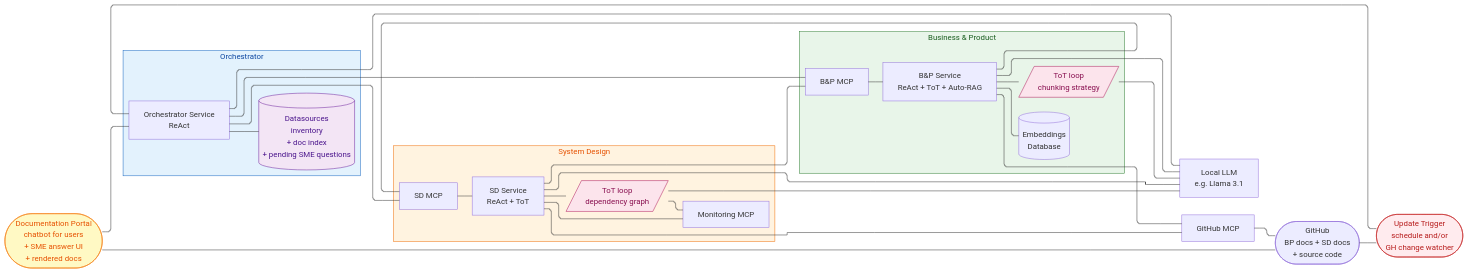
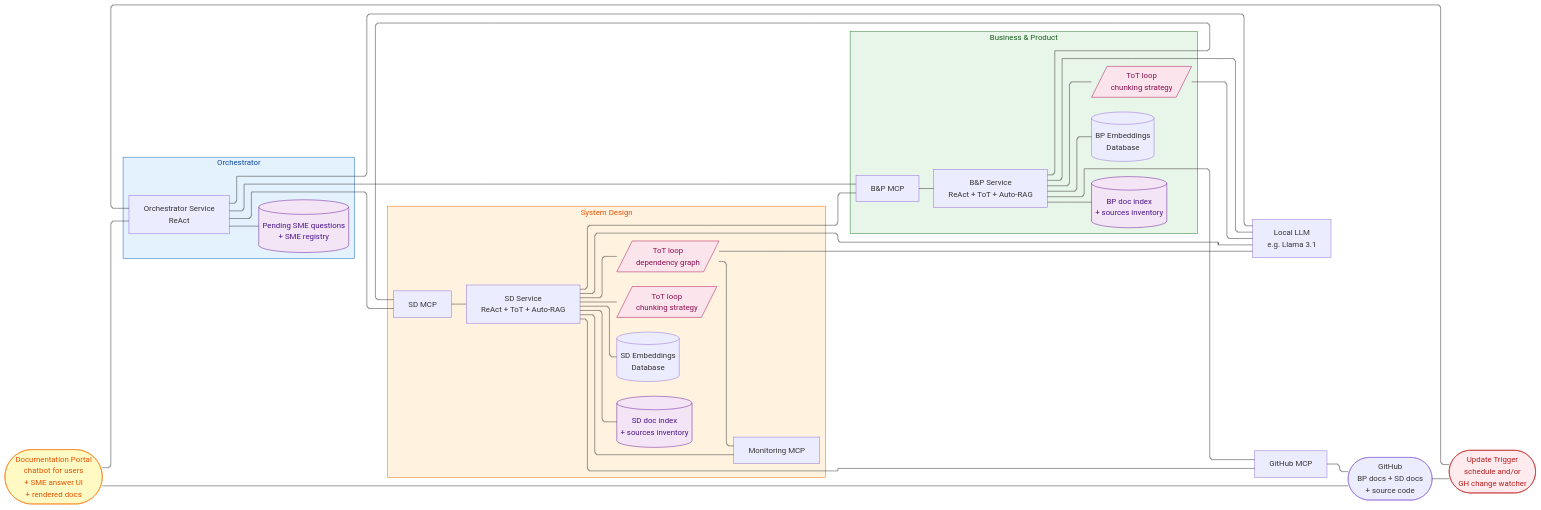
One commit to kikecorona/agentic-ai-capstone-project changed the first of 5 diagrams in PROJECT_ARCHITECTURE.md. Above: the diagram before and after it, drawn with Mermaid. The commit also changed other lines of this file and 120 other files, not shown here.

````diff
--- a/PROJECT_ARCHITECTURE.md
+++ b/PROJECT_ARCHITECTURE.md
@@ -106,68 +127,76 @@
 ```mermaid
 %%{init: {'flowchart': {'defaultRenderer': 'elk', 'curve': 'step'}}}%%
 flowchart LR
     Portal([Documentation Portal<br/>chatbot for users<br/>+ SME answer UI<br/>+ rendered docs])
     Trigger([Update Trigger<br/>schedule and/or<br/>GH change watcher])
     LLM[Local LLM<br/>e.g. Llama 3.1]
     GH([GitHub<br/>BP docs + SD docs<br/>+ source code])
     GH_MCP[GitHub MCP]
 
     subgraph OC [Orchestrator]
         OC_Service[Orchestrator Service<br/>ReAct]
-        OC_DS[(Datasources<br/>inventory<br/>+ doc index<br/>+ pending SME questions)]
+        OC_DS[(Pending SME questions<br/>+ SME registry)]
         OC_Service --- OC_DS
     end
 
 subgraph BP [Business &amp; Product]
 BP_MCP[B&amp;P MCP]
 BP_Service[B&amp;P Service<br/>ReAct + ToT + Auto-RAG]
 BP_ToT[/ToT loop<br/>chunking strategy/]
-E_DS[(Embeddings<br/>Database)]
+BP_E_DS[(BP Embeddings<br/>Database)]
+BP_DS[(BP doc index<br/>+ sources inventory)]
 BP_MCP --- BP_Service
 BP_Service --- BP_ToT
-BP_Service --- E_DS
+BP_Service --- BP_E_DS
+BP_Service --- BP_DS
 end
 
 subgraph SD [System Design]
 SD_MCP[SD MCP]
-SD_Service[SD Service<br/>ReAct + ToT]
+SD_Service[SD Service<br/>ReAct + ToT + Auto-RAG]
 SD_ToT[/ToT loop<br/>dependency graph/]
+SD_ToT_Chunk[/ToT loop<br/>chunking strategy/]
+SD_E_DS[(SD Embeddings<br/>Database)]
+SD_DS[(SD doc index<br/>+ sources inventory)]
 MON_MCP[Monitoring MCP]
 SD_MCP --- SD_Service
 SD_Service --- SD_ToT
+SD_Service --- SD_ToT_Chunk
+SD_Service --- SD_E_DS
+SD_Service --- SD_DS
 SD_ToT --- MON_MCP
 SD_Service --- MON_MCP
 end
 
 Portal --- OC_Service
 Portal --- GH
 Trigger --- OC_Service
 GH --- Trigger
 OC_Service --- LLM
 OC_Service --- BP_MCP
 OC_Service --- SD_MCP
 BP_Service --- LLM
 BP_ToT --- LLM
 BP_Service --- SD_MCP
 BP_Service --- GH_MCP
 SD_Service --- LLM
 SD_ToT --- LLM
 SD_Service --- BP_MCP
 SD_Service --- GH_MCP
 GH_MCP --- GH
 
 classDef oc fill: #E3F2FD, stroke: #1565C0, color:#0D47A1
 classDef bp fill: #E8F5E9, stroke:#2E7D32, color: #1B5E20
 classDef sd fill:#FFF3E0, stroke: #EF6C00, color: #E65100
 classDef tot fill: #FCE4EC, stroke: #AD1457,color: #880E4F
 classDef docs fill: #F3E5F5,stroke: #6A1B9A, color: #4A148C
 classDef portal fill: #FFF9C4, stroke: #F57F17, color:#E65100
 classDef trigger fill: #FFEBEE, stroke:#C62828, color: #B71C1C
 class OC oc
-class BP bp
-class SD sd
-class BP_ToT,SD_ToT tot
-class OC_DS docs
-class Portal portal
-class Trigger trigger
+    class BP bp
+    class SD sd
+    class BP_ToT,SD_ToT,SD_ToT_Chunk tot
+    class OC_DS,BP_DS,SD_DS docs
+    class Portal portal
+    class Trigger trigger
 ```
````
